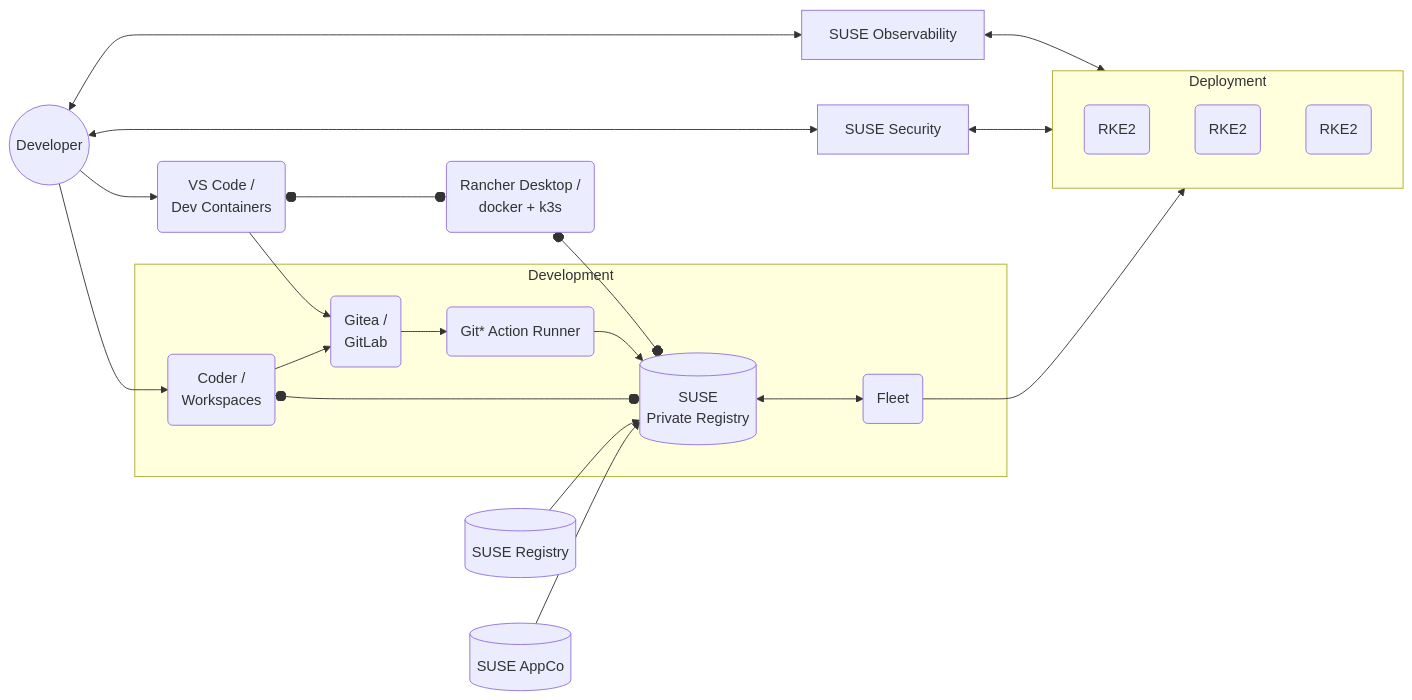
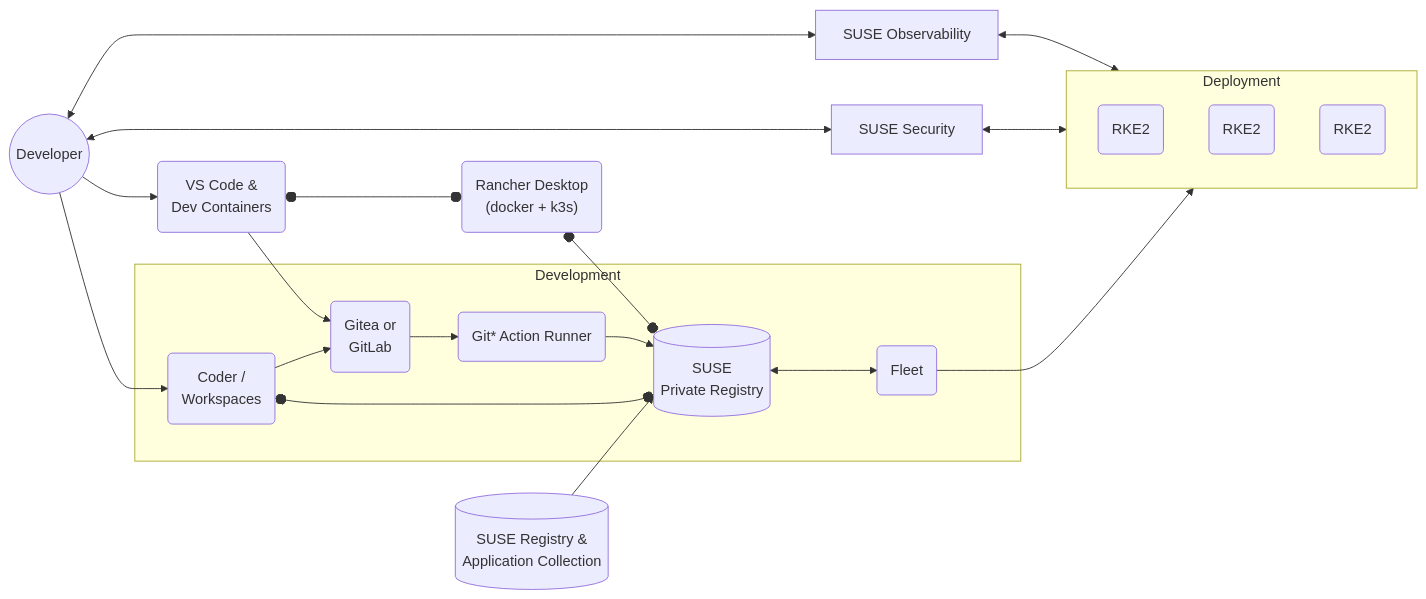
The diagram in docs/docs/intro.md (rancher/devx-designs), drawn with Mermaid before and after one commit. The commit also changed 1 other file, not shown here.

Commit message:
Add Observability and Security to gitops diagram. Simplify others.

````diff
--- a/docs/docs/intro.md
+++ b/docs/docs/intro.md
@@ -31,47 +31,33 @@
 ```mermaid
 flowchart LR
     Dev((Developer))
-    --> VSC("VS Code /
+    --> VSC("VS Code &
     Dev Containers") 
-    o--o RD("Rancher Desktop / 
-            docker + k3s")
+    o--o RD("Rancher Desktop
+            (docker + k3s)")
     Dev <--> SO
     Dev <--> SS
     RD o--o SPR
-    VSC --> GT("Gitea /
+    VSC --> GT("Gitea or
             GitLab")
         Dev --> CD("Coder /
         Workspaces") 
-    subgraph RancherPrime["Development"]
+    subgraph "Development"
         CD --> GT --> GHA(Git* Action Runner)
         --> SPR[("SUSE 
         Private Registry")] <--> FLT(Fleet)
         CD o--o SPR
     end
-    SO["SUSE Observability"] <--> TEST
-    SS["SUSE Security"] <--> TEST 
-    FLT --> TEST
-    %% FLT --> PROD 
+    SO["SUSE Observability"] <--> Deployment 
+    SS["SUSE Security"] <--> Deployment 
+    FLT --> Deployment 
 
-    %% subgraph PROD[Prod Platform]
-    %%     NODE1(RKE2)
-    %%     NODE2(RKE2)
-    %% end
-    subgraph TEST[Deployment]
+    subgraph "Deployment"
         NODE1(RKE2)
         NODE2(RKE2)
         NODE3(RKE2)
     end
 
-
-    %% VSC --> GH("Github")
-    %% CD --> GH
-    %% GH --> GHA
-
-    %% VSC --> GL("Gitlab")
-    %% CD --> GL
-    %% GL --> GHA
-
-    BCI[(SUSE Registry)] --> SPR
-    AC[(SUSE AppCo)] --> SPR
+    AC[(SUSE Registry &
+    Application Collection)] --> SPR
 ```
````
